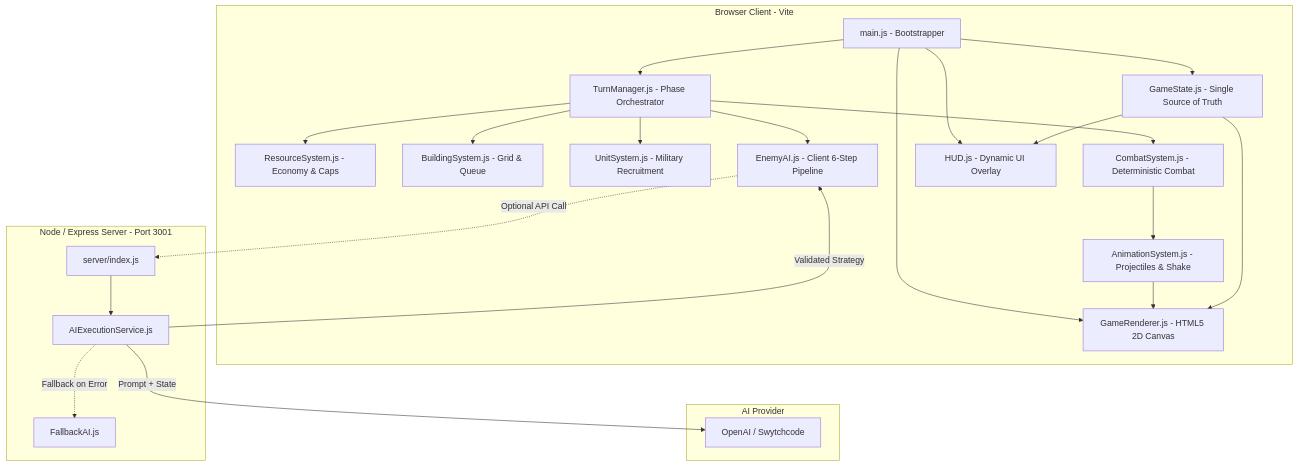
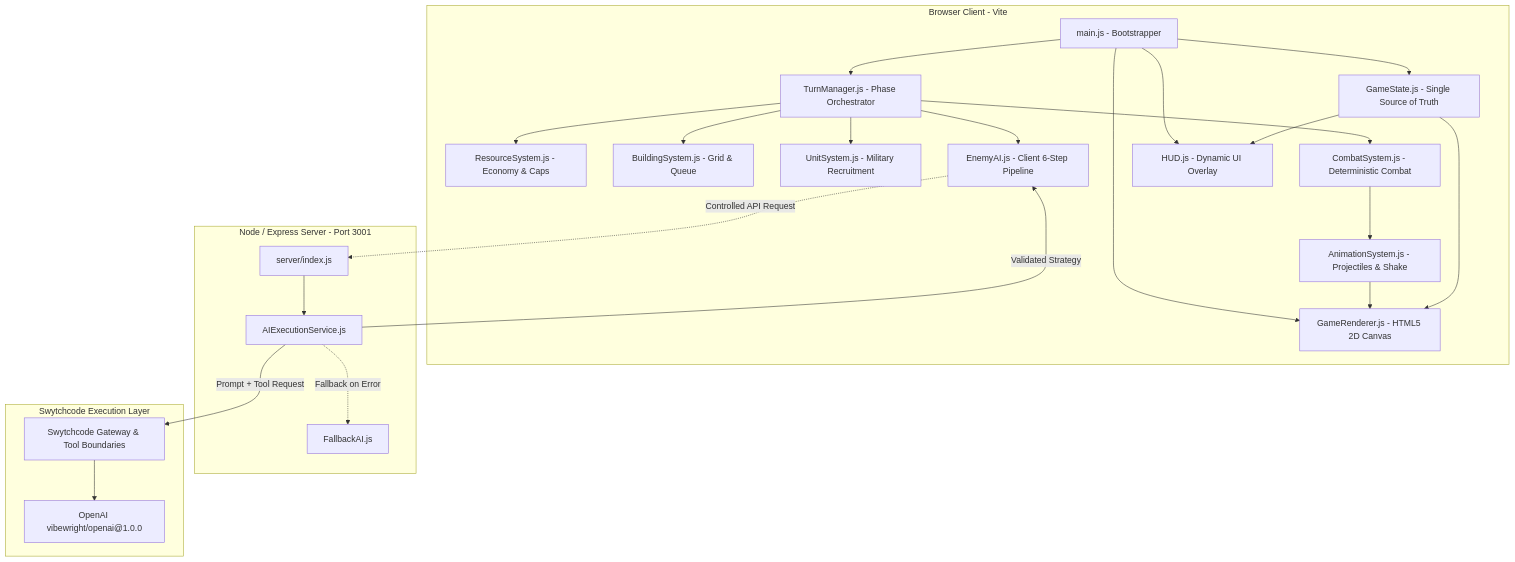
The diagram in README.md (BigO-Debbuger/Trial-3), drawn with Mermaid before and after one commit. The commit also changed other lines of this file and 1 other file, not shown here.

````diff
--- a/README.md
+++ b/README.md
@@ -156,48 +232,50 @@
 ```mermaid
 graph TD
     subgraph Frontend [Browser Client - Vite]
         MAIN[main.js - Bootstrapper]
         GS[GameState.js - Single Source of Truth]
         TM[TurnManager.js - Phase Orchestrator]
         RS[ResourceSystem.js - Economy & Caps]
         BS[BuildingSystem.js - Grid & Queue]
         US[UnitSystem.js - Military Recruitment]
         CS[CombatSystem.js - Deterministic Combat]
         EAI[EnemyAI.js - Client 6-Step Pipeline]
         GR[GameRenderer.js - HTML5 2D Canvas]
         AS[AnimationSystem.js - Projectiles & Shake]
         HUD[HUD.js - Dynamic UI Overlay]
     end
 
     subgraph Backend [Node / Express Server - Port 3001]
         SRV[server/index.js]
         AES[AIExecutionService.js]
         FAI[FallbackAI.js]
     end
 
-    subgraph External [AI Provider]
-        OAI[OpenAI / Swytchcode]
+    subgraph Swytchcode_OpenAI [Swytchcode Execution Layer]
+        SC[Swytchcode Gateway & Tool Boundaries]
+        OAI[OpenAI vibewright/openai@1.0.0]
     end
 
     MAIN --> GS
     MAIN --> TM
     MAIN --> GR
     MAIN --> HUD
 
     TM --> RS
     TM --> BS
     TM --> US
     TM --> CS
     TM --> EAI
 
-    EAI -.->|Optional API Call| SRV
+    EAI -.->|Controlled API Request| SRV
     SRV --> AES
-    AES -->|Prompt + State| OAI
+    AES -->|Prompt + Tool Request| SC
+    SC --> OAI
     AES -.->|Fallback on Error| FAI
     AES -->|Validated Strategy| EAI
 
     CS --> AS
     AS --> GR
     GS --> GR
     GS --> HUD
 ```
````
